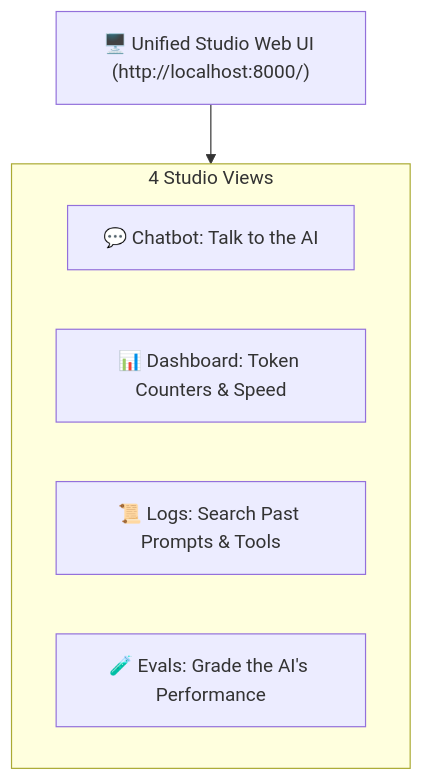
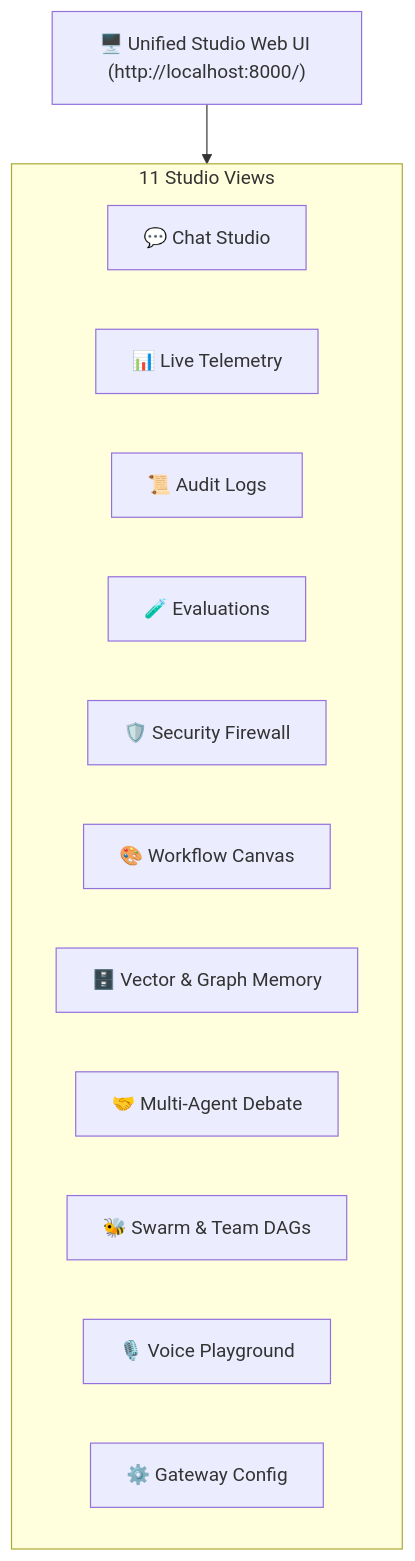
Before and after one commit to vdonthireddy/agentic-ai: the fourth of 5 diagrams in llm_gateway/laymans_guide.md, drawn with Mermaid. The commit also changed other lines of this file and 29 other files, not shown here.

````diff
--- a/llm_gateway/laymans_guide.md
+++ b/llm_gateway/laymans_guide.md
@@ -80,13 +80,20 @@
 ```mermaid
 flowchart TD
     UI["🖥️ Unified Studio Web UI (http://localhost:8000/)"]
     
-    subgraph Tabs["4 Studio Views"]
-        T1["💬 Chatbot: Talk to the AI"]
-        T2["📊 Dashboard: Token Counters & Speed"]
-        T3["📜 Logs: Search Past Prompts & Tools"]
-        T4["🧪 Evals: Grade the AI's Performance"]
+    subgraph Tabs["11 Studio Views"]
+        T1["💬 Chat Studio"]
+        T2["📊 Live Telemetry"]
+        T3["📜 Audit Logs"]
+        T4["🧪 Evaluations"]
+        T5["🛡️ Security Firewall"]
+        T6["🎨 Workflow Canvas"]
+        T7["🗄️ Vector & Graph Memory"]
+        T8["🤝 Multi-Agent Debate"]
+        T9["🐝 Swarm & Team DAGs"]
+        T10["🎙️ Voice Playground"]
+        T11["⚙️ Gateway Config"]
     end
     
     UI --> Tabs
 ```
````
